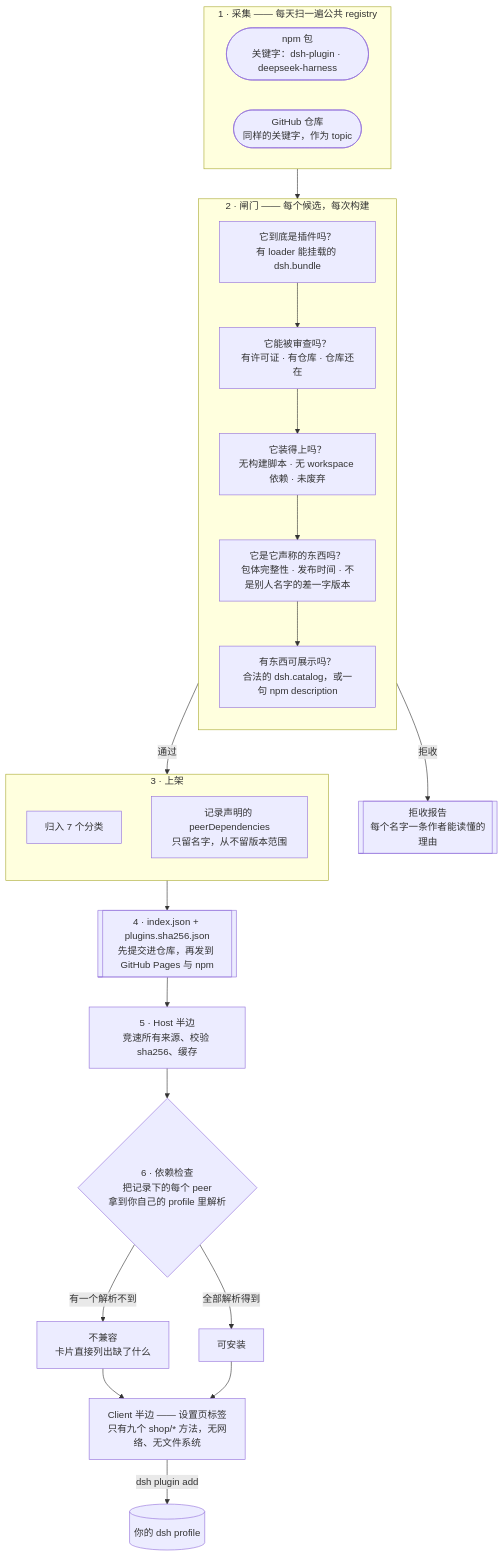
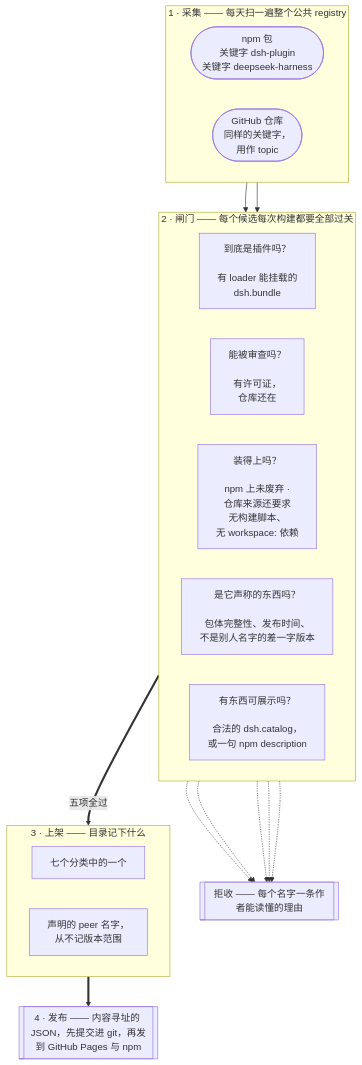
The first of 2 diagrams in README.zh.md (LivXue/dsh-plugin-shop), drawn with Mermaid before and after one commit. The commit also changed other lines of this file and 3 other files, not shown here.

````diff
--- a/README.zh.md
+++ b/README.zh.md
@@ -50,36 +52,34 @@
 ```mermaid
 flowchart TB
-  subgraph HARVEST["1 · 采集 —— 每天扫一遍公共 registry"]
+  subgraph HARVEST["1 · 采集 —— 每天扫一遍整个公共 registry"]
     direction LR
-    NPM(["npm 包<br/>关键字：dsh-plugin · deepseek-harness"])
-    GH(["GitHub 仓库<br/>同样的关键字，作为 topic"])
+    NPM(["npm 包<br/>关键字 dsh-plugin<br/>关键字 deepseek-harness"])
+    GH(["GitHub 仓库<br/>同样的关键字，<br/>用作 topic"])
   end
 
-  subgraph GATE["2 · 闸门 —— 每个候选，每次构建"]
-    direction TB
-    G1["它到底是插件吗？<br/>有 loader 能挂载的 dsh.bundle"]
-    G2["它能被审查吗？<br/>有许可证 · 有仓库 · 仓库还在"]
-    G3["它装得上吗？<br/>无构建脚本 · 无 workspace 依赖 · 未废弃"]
-    G4["它是它声称的东西吗？<br/>包体完整性 · 发布时间 · 不是别人名字的差一字版本"]
-    G5["有东西可展示吗？<br/>合法的 dsh.catalog，或一句 npm description"]
-    G1 --> G2 --> G3 --> G4 --> G5
+  subgraph GATE["2 · 闸门 —— 每个候选每次构建都要全部过关"]
+    direction LR
+    G1["到底是插件吗？<br/><br/>有 loader 能挂载的<br/>dsh.bundle"]
+    G2["能被审查吗？<br/><br/>有许可证，<br/>仓库还在"]
+    G3["装得上吗？<br/><br/>npm 上未废弃 ·<br/>仓库来源还要求<br/>无构建脚本、<br/>无 workspace: 依赖"]
+    G4["是它声称的东西吗？<br/><br/>包体完整性、发布时间、<br/>不是别人名字的差一字版本"]
+    G5["有东西可展示吗？<br/><br/>合法的 dsh.catalog，<br/>或一句 npm description"]
   end
 
-  subgraph SHELVE["3 · 上架"]
-    direction TB
-    CAT["归入 7 个分类"]
-    PEER["记录声明的 peerDependencies<br/>只留名字，从不留版本范围"]
+  subgraph SHELVE["3 · 上架 —— 目录记下什么"]
+    direction LR
+    CAT["七个分类中的一个"]
+    PEER["声明的 peer 名字，<br/>从不记版本范围"]
   end
 
-  HARVEST --> GATE
-  GATE -->|"拒收"| REJ[["拒收报告<br/>每个名字一条作者能读懂的理由"]]
-  GATE -->|"通过"| SHELVE
-  SHELVE --> PUB[["4 · index.json + plugins.sha256.json<br/>先提交进仓库，再发到 GitHub Pages 与 npm"]]
-  PUB --> HOST["5 · Host 半边<br/>竞速所有来源、校验 sha256、缓存"]
-  HOST --> DEP{"6 · 依赖检查<br/>把记录下的每个 peer<br/>拿到你自己的 profile 里解析"}
-  DEP -->|"有一个解析不到"| BAD["不兼容<br/>卡片直接列出缺了什么"]
-  DEP -->|"全部解析得到"| GOOD["可安装"]
-  BAD --> CLIENT["Client 半边 —— 设置页标签<br/>只有九个 shop/* 方法，无网络、无文件系统"]
-  GOOD --> CLIENT
-  CLIENT -->|"dsh plugin add"| PROF[("你的 dsh profile")]
+  NPM --> G1
+  GH --> G1
+  G1 -.-> REJ
+  G2 -.-> REJ
+  G3 -.-> REJ
+  G4 -.-> REJ
+  G5 -.-> REJ
+  REJ[["拒收 —— 每个名字一条作者能读懂的理由"]]
+  G5 ==>|"五项全过"| CAT
+  PEER ==> PUB[["4 · 发布 —— 内容寻址的 JSON，先提交进 git，再发到 GitHub Pages 与 npm"]]
 ```
````
